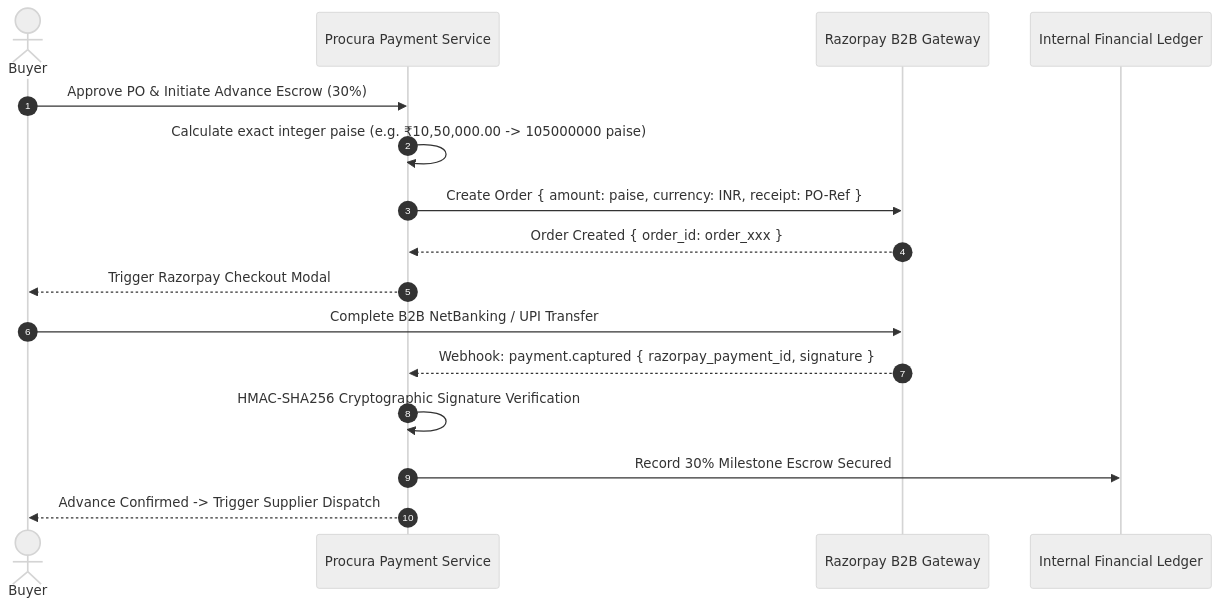
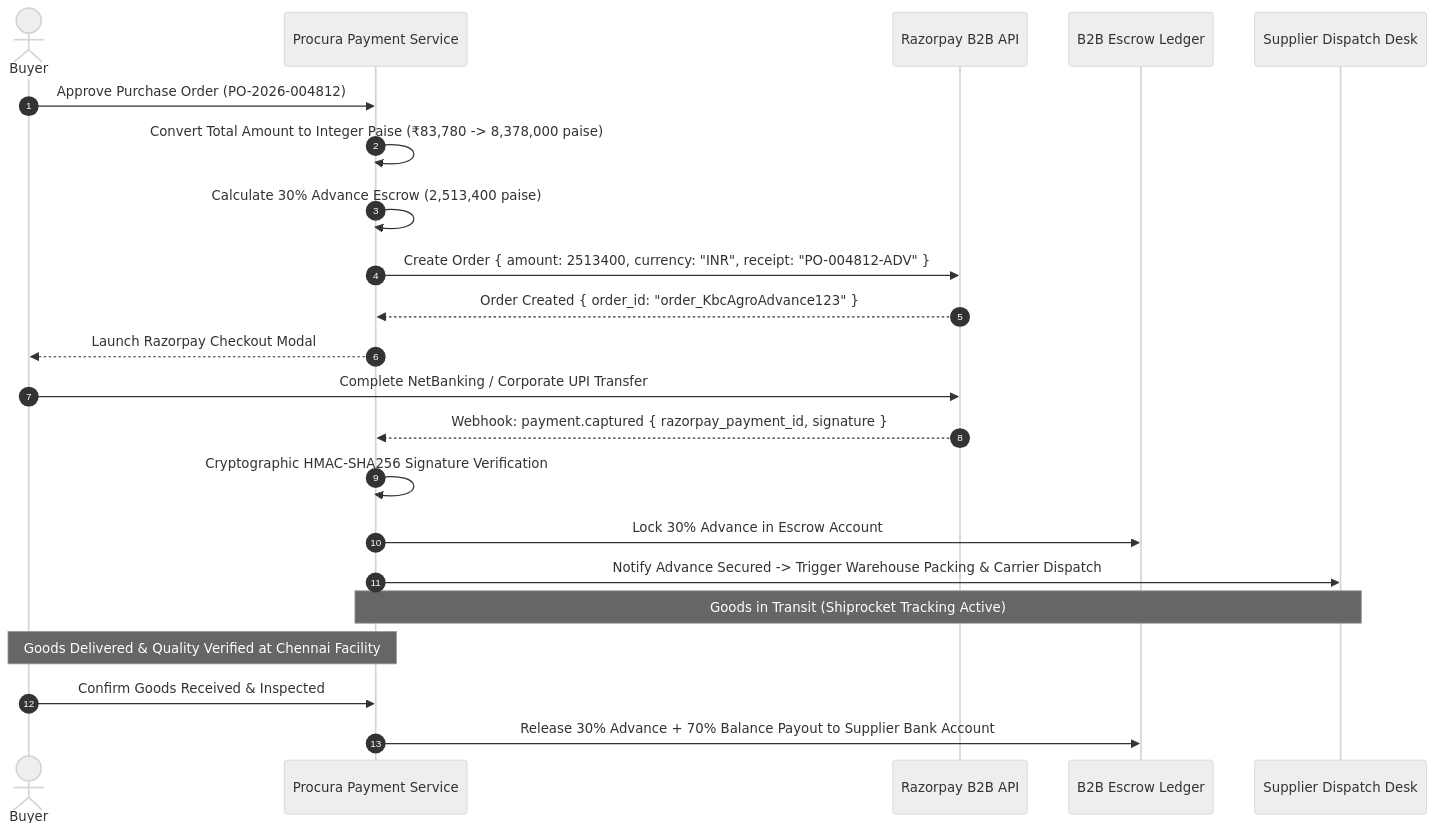
The fifth of 7 diagrams in README.md (DKK-CUBER/procua), drawn with Mermaid (neutral theme) before and after one commit. The commit also changed other lines of this file, not shown here.

Commit message:
docs: complete enterprise-grade 1500+ word README with detailed system architectures, Mermaid diagrams, state machines, sequence flows, and API specifications

````diff
--- a/README.md
+++ b/README.md
@@ -144,19 +252,25 @@
 ```mermaid
 sequenceDiagram
     autonumber
     actor Buyer
     participant Procura as Procura Payment Service
-    participant Razorpay as Razorpay B2B Gateway
-    participant Ledger as Internal Financial Ledger
+    participant Razorpay as Razorpay B2B API
+    participant Ledger as B2B Escrow Ledger
+    participant Supplier as Supplier Dispatch Desk
 
-    Buyer->>Procura: Approve PO & Initiate Advance Escrow (30%)
-    Procura->>Procura: Calculate exact integer paise (e.g. ₹10,50,000.00 -> 105000000 paise)
-    Procura->>Razorpay: Create Order { amount: paise, currency: INR, receipt: PO-Ref }
-    Razorpay-->>Procura: Order Created { order_id: order_xxx }
-    Procura-->>Buyer: Trigger Razorpay Checkout Modal
-    Buyer->>Razorpay: Complete B2B NetBanking / UPI Transfer
+    Buyer->>Procura: Approve Purchase Order (PO-2026-004812)
+    Procura->>Procura: Convert Total Amount to Integer Paise (₹83,780 -> 8,378,000 paise)
+    Procura->>Procura: Calculate 30% Advance Escrow (2,513,400 paise)
+    Procura->>Razorpay: Create Order { amount: 2513400, currency: "INR", receipt: "PO-004812-ADV" }
+    Razorpay-->>Procura: Order Created { order_id: "order_KbcAgroAdvance123" }
+    Procura-->>Buyer: Launch Razorpay Checkout Modal
+    Buyer->>Razorpay: Complete NetBanking / Corporate UPI Transfer
     Razorpay-->>Procura: Webhook: payment.captured { razorpay_payment_id, signature }
-    Procura->>Procura: HMAC-SHA256 Cryptographic Signature Verification
-    Procura->>Ledger: Record 30% Milestone Escrow Secured
-    Procura-->>Buyer: Advance Confirmed -> Trigger Supplier Dispatch
+    Procura->>Procura: Cryptographic HMAC-SHA256 Signature Verification
+    Procura->>Ledger: Lock 30% Advance in Escrow Account
+    Procura->>Supplier: Notify Advance Secured -> Trigger Warehouse Packing & Carrier Dispatch
+    Note over Procura,Supplier: Goods in Transit (Shiprocket Tracking Active)
+    Note over Procura,Buyer: Goods Delivered & Quality Verified at Chennai Facility
+    Buyer->>Procura: Confirm Goods Received & Inspected
+    Procura->>Ledger: Release 30% Advance + 70% Balance Payout to Supplier Bank Account
 ```
````
